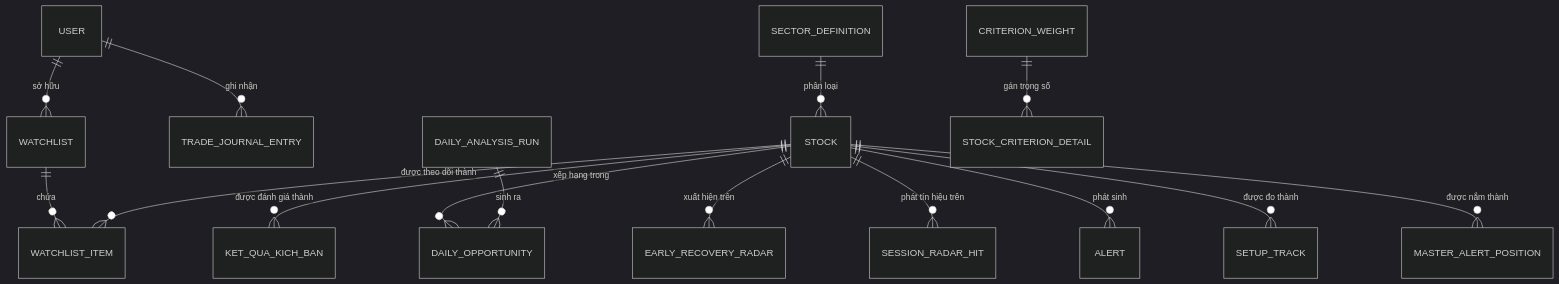
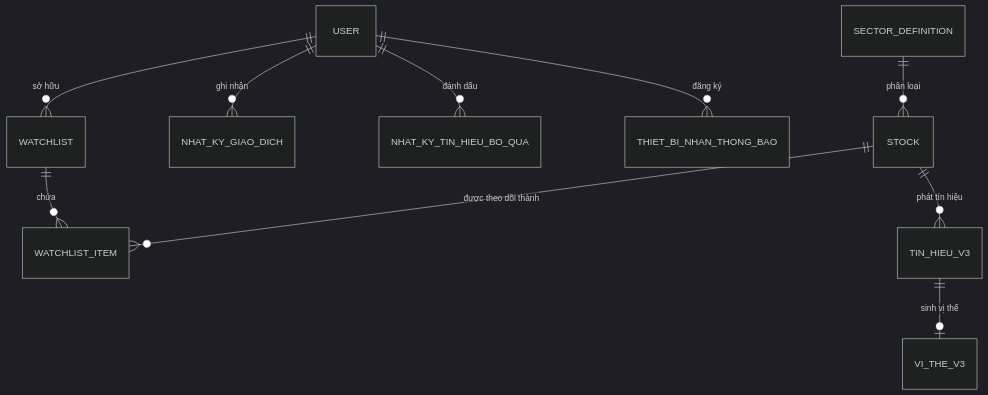
Before and after one commit to Benjamincntt/StockRadar: the diagram in docs/entity_model.md, drawn with Mermaid (dark theme). The commit also changed other lines of this file and 48 other files, not shown here.

````diff
--- a/docs/entity_model.md
+++ b/docs/entity_model.md
@@ -5,17 +7,12 @@
 ```mermaid
 erDiagram
     USER ||--o{ WATCHLIST : "sở hữu"
-    USER ||--o{ TRADE_JOURNAL_ENTRY : "ghi nhận"
+    USER ||--o{ NHAT_KY_GIAO_DICH : "ghi nhận"
+    USER ||--o{ NHAT_KY_TIN_HIEU_BO_QUA : "đánh dấu"
+    USER ||--o{ THIET_BI_NHAN_THONG_BAO : "đăng ký"
     WATCHLIST ||--o{ WATCHLIST_ITEM : "chứa"
     STOCK ||--o{ WATCHLIST_ITEM : "được theo dõi thành"
-    STOCK ||--o{ KET_QUA_KICH_BAN : "được đánh giá thành"
-    STOCK ||--o{ DAILY_OPPORTUNITY : "xếp hạng trong"
-    STOCK ||--o{ EARLY_RECOVERY_RADAR : "xuất hiện trên"
-    STOCK ||--o{ SESSION_RADAR_HIT : "phát tín hiệu trên"
-    STOCK ||--o{ ALERT : "phát sinh"
-    STOCK ||--o{ SETUP_TRACK : "được đo thành"
-    STOCK ||--o{ MASTER_ALERT_POSITION : "được nắm thành"
-    DAILY_ANALYSIS_RUN ||--o{ DAILY_OPPORTUNITY : "sinh ra"
     SECTOR_DEFINITION ||--o{ STOCK : "phân loại"
-    CRITERION_WEIGHT ||--o{ STOCK_CRITERION_DETAIL : "gán trọng số"
+    STOCK ||--o{ TIN_HIEU_V3 : "phát tín hiệu"
+    TIN_HIEU_V3 ||--o| VI_THE_V3 : "sinh vị thế"
 ```
````
